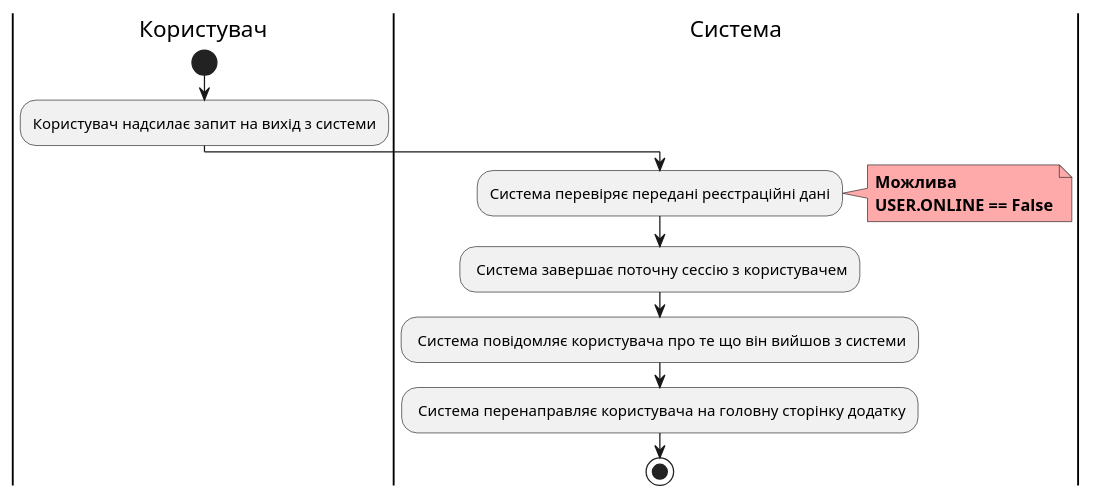
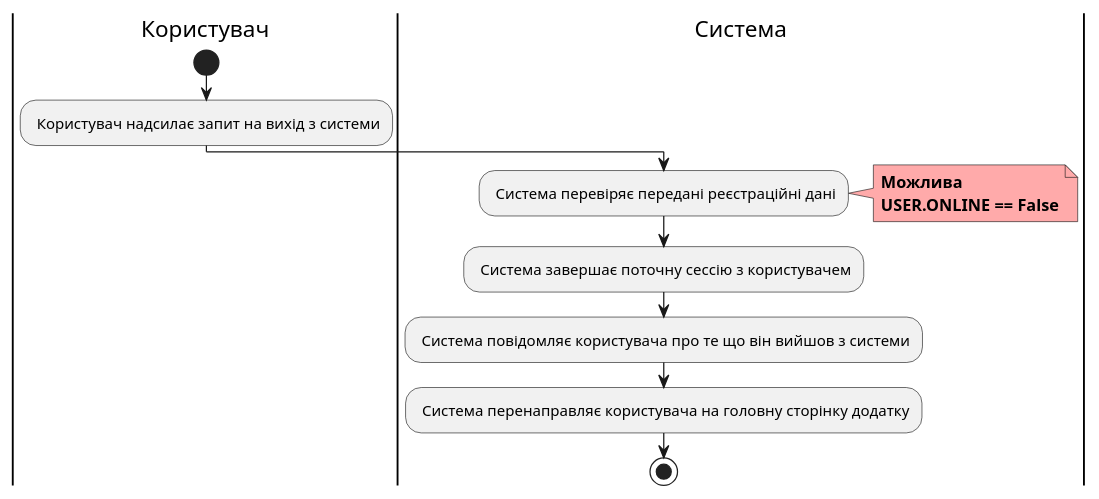
One commit to edu-db/edu_db_labs changed the fourth of 7 diagrams in docs/use cases/README.md. Above: the diagram before and after it, drawn with PlantUML. The commit also changed other lines of this file, not shown here.

```diff
--- a/docs/use cases/README.md
+++ b/docs/use cases/README.md
@@ -128,22 +128,22 @@
 @startuml
 
 |Користувач|
 start
-:Користувач надсилає запит на вихід з системи;
+: Користувач надсилає запит на вихід з системи;
 
 |Система|
-:Система перевіряє передані реєстраційні дані;
+: Система перевіряє передані реєстраційні дані;
 note right #ffaaaa
 <b>Можлива</b>
 <b>USER.ONLINE == False</b>
 end note
 
     : Система завершає поточну сессію з користувачем;
 
     : Система повідомляє користувача про те що він вийшов з системи;
 
     : Система перенаправляє користувача на головну сторінку додатку;
 
     stop;
 
 @enduml
```
